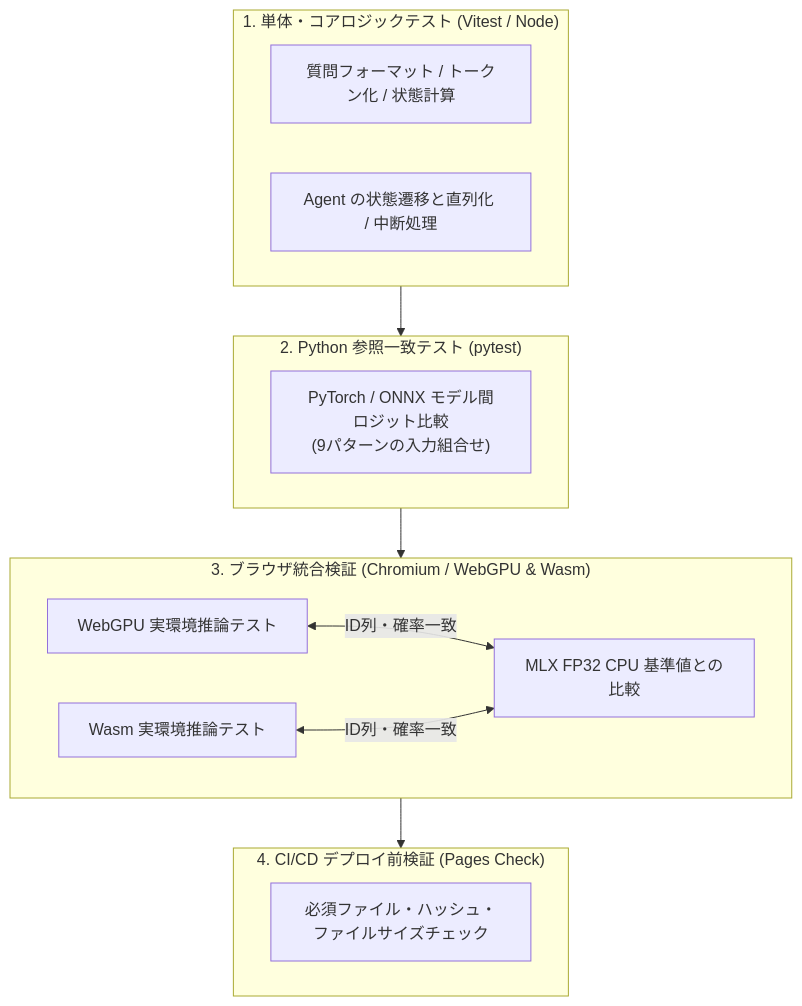
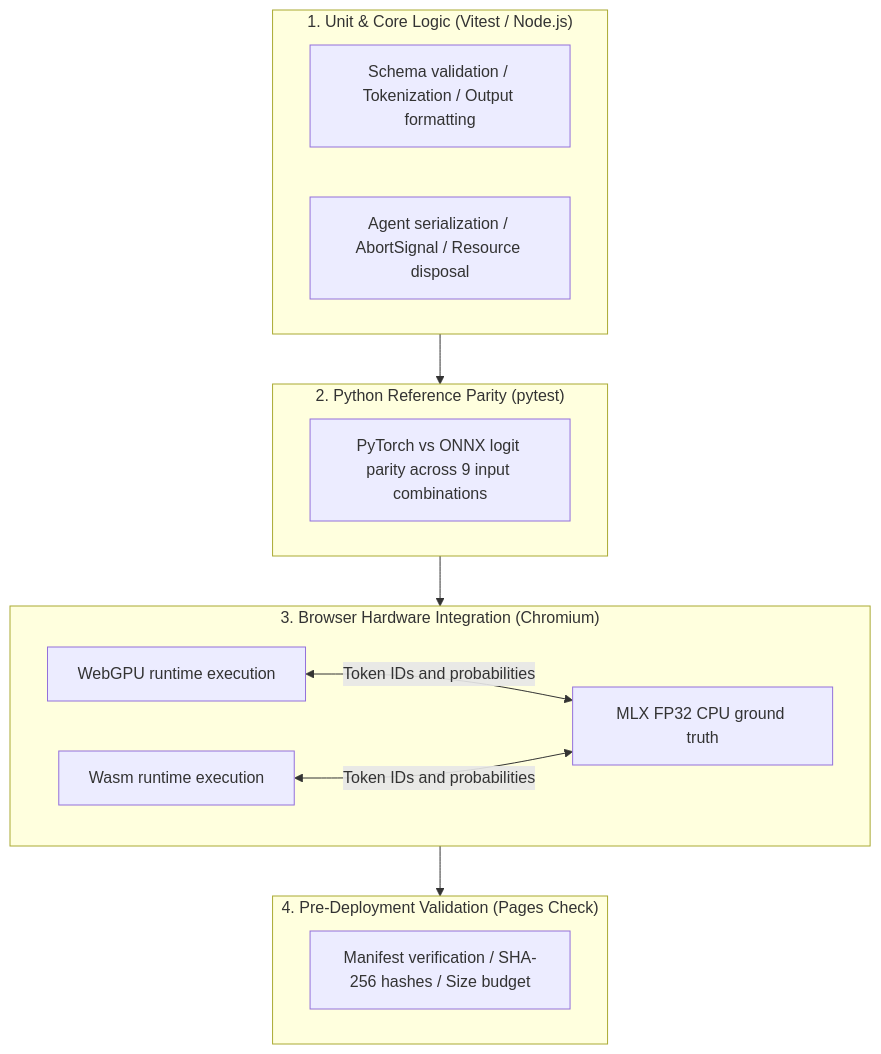
One commit to r4ai/laya-web changed the diagram in docs/validation.md. Above: the diagram before and after it, drawn with Mermaid. The commit also changed other lines of this file and 2 other files, not shown here.

````diff
--- a/docs/validation.md
+++ b/docs/validation.md
@@ -9,25 +9,25 @@
 ```mermaid
 graph TD
-    subgraph Layer1 ["1. 単体・コアロジックテスト (Vitest / Node)"]
-        CoreTest["質問フォーマット / トークン化 / 状態計算"]
-        StateTest["Agent の状態遷移と直列化 / 中断処理"]
+    subgraph Layer1 ["1. Unit & Core Logic (Vitest / Node.js)"]
+        CoreTest["Schema validation / Tokenization / Output formatting"]
+        StateTest["Agent serialization / AbortSignal / Resource disposal"]
     end
 
-    subgraph Layer2 ["2. Python 参照一致テスト (pytest)"]
-        PyTorch["PyTorch / ONNX モデル間ロジット比較<br/>(9パターンの入力組合せ)"]
+    subgraph Layer2 ["2. Python Reference Parity (pytest)"]
+        PyTorch["PyTorch vs ONNX logit parity across 9 input combinations"]
     end
 
-    subgraph Layer3 ["3. ブラウザ統合検証 (Chromium / WebGPU & Wasm)"]
-        WebGPUTest["WebGPU 実環境推論テスト"]
-        WasmTest["Wasm 実環境推論テスト"]
-        MLXCPU["MLX FP32 CPU 基準値との比較"]
-        WebGPUTest <-->|ID列・確率一致| MLXCPU
-        WasmTest <-->|ID列・確率一致| MLXCPU
+    subgraph Layer3 ["3. Browser Hardware Integration (Chromium)"]
+        WebGPUTest["WebGPU runtime execution"]
+        WasmTest["Wasm runtime execution"]
+        MLXCPU["MLX FP32 CPU ground truth"]
+        WebGPUTest <-->|Token IDs and probabilities| MLXCPU
+        WasmTest <-->|Token IDs and probabilities| MLXCPU
     end
 
-    subgraph Layer4 ["4. CI/CD デプロイ前検証 (Pages Check)"]
-        Assets["必須ファイル・ハッシュ・ファイルサイズチェック"]
+    subgraph Layer4 ["4. Pre-Deployment Validation (Pages Check)"]
+        Assets["Manifest verification / SHA-256 hashes / Size budget"]
     end
 
     Layer1 --> Layer2 --> Layer3 --> Layer4
 ```
````
